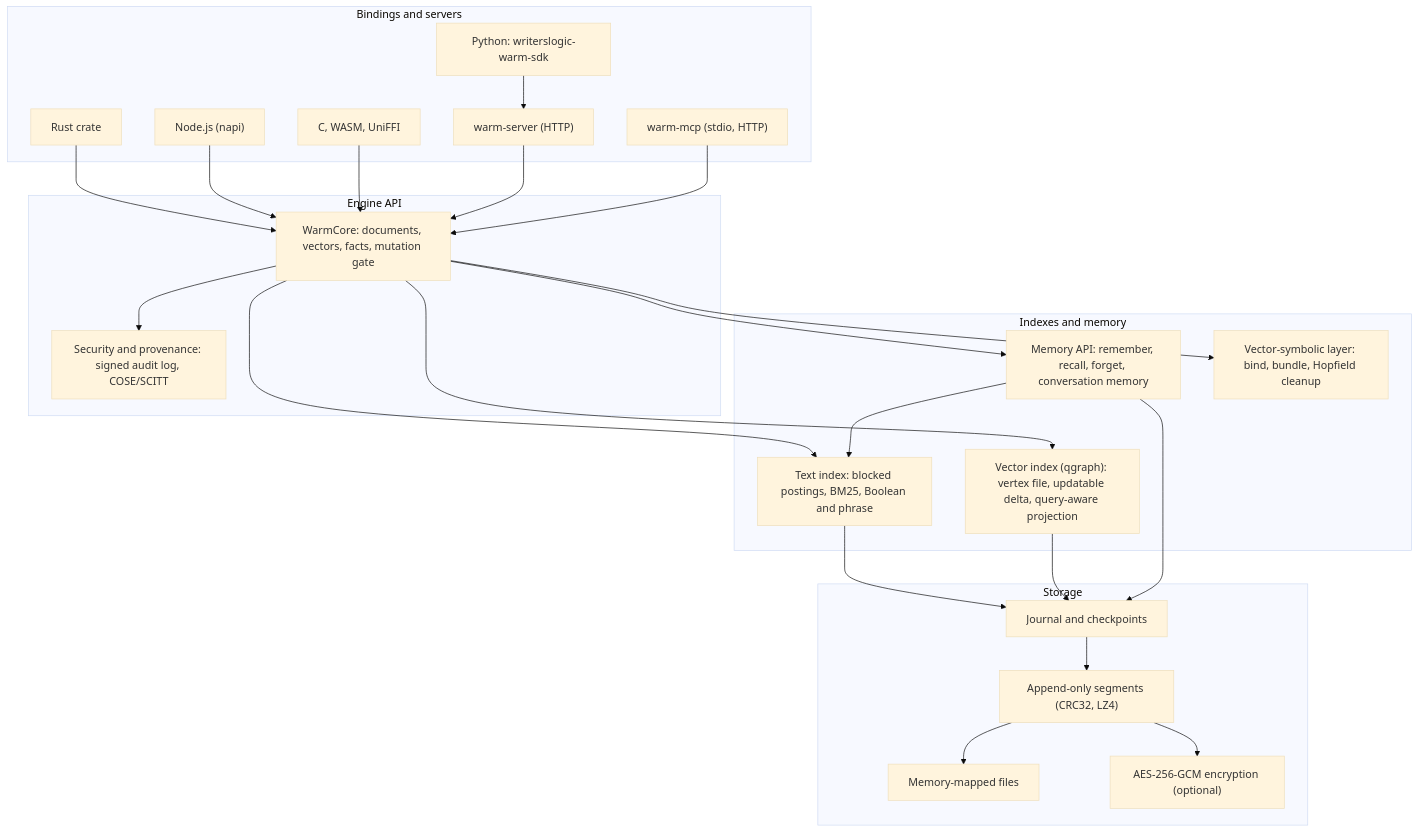
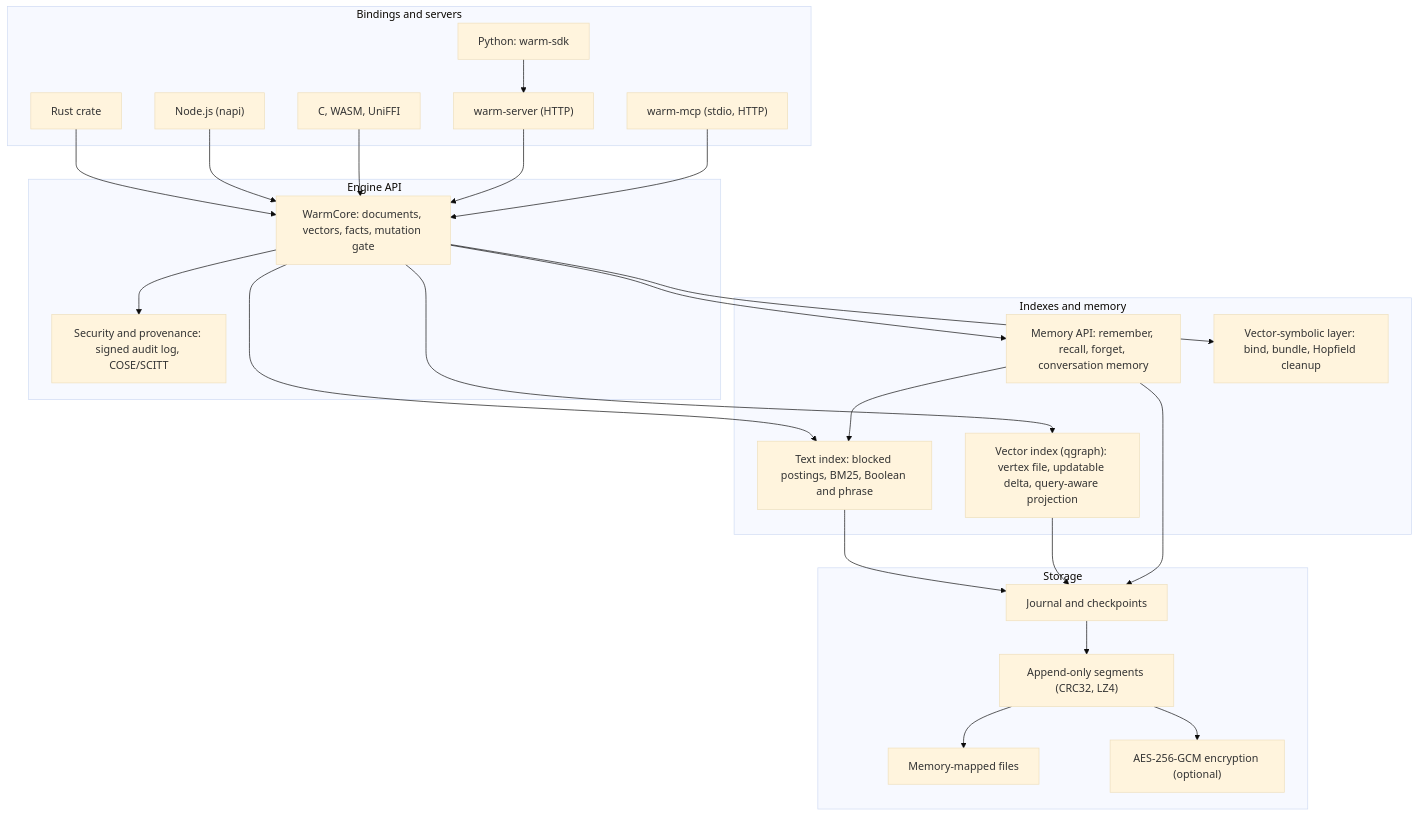
The diagram in README.md (writerslogic/holographic-memory), drawn with Mermaid (base theme) before and after one commit. The commit also changed other lines of this file and 45 other files, not shown here.

````diff
--- a/README.md
+++ b/README.md
@@ -325,45 +325,45 @@
 ```mermaid
 flowchart TB
   subgraph bindings["Bindings and servers"]
     rust["Rust crate"]
     node["Node.js (napi)"]
     ffi["C, WASM, UniFFI"]
-    python["Python: writerslogic-warm-sdk"]
+    python["Python: warm-sdk"]
     server["warm-server (HTTP)"]
     mcp["warm-mcp (stdio, HTTP)"]
   end
   subgraph engine["Engine API"]
     core["WarmCore: documents, vectors, facts, mutation gate"]
     prov["Security and provenance: signed audit log, COSE/SCITT"]
   end
   subgraph indexes["Indexes and memory"]
     text["Text index: blocked postings, BM25, Boolean and phrase"]
     vector["Vector index (qgraph): vertex file, updatable delta, query-aware projection"]
     memory["Memory API: remember, recall, forget, conversation memory"]
     vsa["Vector-symbolic layer: bind, bundle, Hopfield cleanup"]
   end
   subgraph storage["Storage"]
     journal["Journal and checkpoints"]
     segments["Append-only segments (CRC32, LZ4)"]
     mapped["Memory-mapped files"]
     crypto["AES-256-GCM encryption (optional)"]
   end
   python --> server
   rust --> core
   node --> core
   ffi --> core
   server --> core
   mcp --> core
   core --> text
   core --> vector
   core --> memory
   core --> vsa
   core --> prov
   memory --> text
   text --> journal
   vector --> journal
   memory --> journal
   journal --> segments
   segments --> mapped
   segments --> crypto
 ```
````
